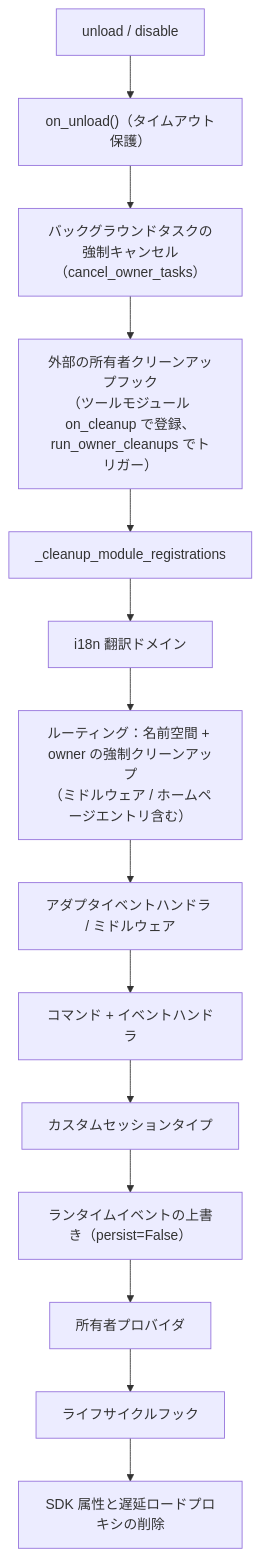
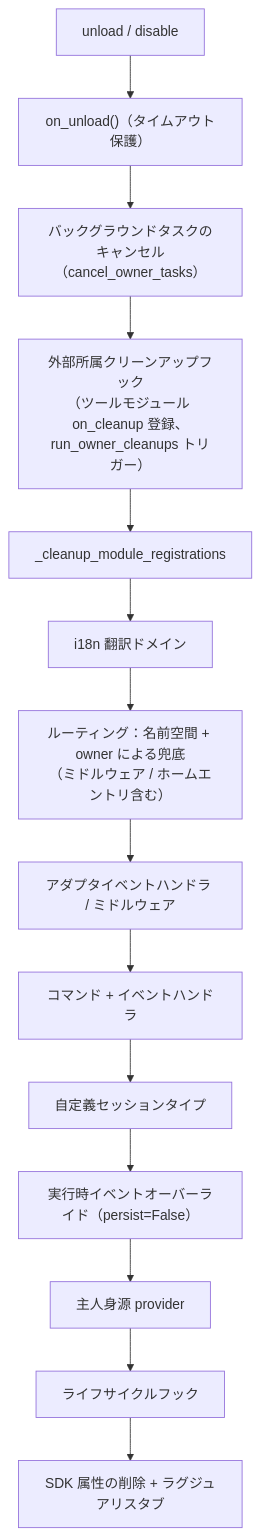
One commit to ErisPulse/ErisPulse changed the diagram in docs/ja/advanced/ownership.md. Above: the diagram before and after it, drawn with Mermaid. The commit also changed other lines of this file and 19 other files, not shown here.

````diff
--- a/docs/ja/advanced/ownership.md
+++ b/docs/ja/advanced/ownership.md
@@ -77,16 +75,16 @@
 ```mermaid
 flowchart TD
     A["unload / disable"] --> B["on_unload()（タイムアウト保護）"]
-    B --> C["バックグラウンドタスクの強制キャンセル（cancel_owner_tasks）"]
-    C --> C1["外部の所有者クリーンアップフック<br/>（ツールモジュール on_cleanup で登録、run_owner_cleanups でトリガー）"]
+    B --> C["バックグラウンドタスクのキャンセル（cancel_owner_tasks）"]
+    C --> C1["外部所属クリーンアップフック<br/>（ツールモジュール on_cleanup 登録、run_owner_cleanups トリガー）"]
     C1 --> D["_cleanup_module_registrations"]
     D --> D1["i18n 翻訳ドメイン"]
-    D1 --> D2["ルーティング：名前空間 + owner の強制クリーンアップ<br/>（ミドルウェア / ホームページエントリ含む）"]
+    D1 --> D2["ルーティング：名前空間 + owner による兜底<br/>（ミドルウェア / ホームエントリ含む）"]
     D2 --> D3["アダプタイベントハンドラ / ミドルウェア"]
     D3 --> D4["コマンド + イベントハンドラ"]
-    D4 --> D5["カスタムセッションタイプ"]
-    D5 --> D6["ランタイムイベントの上書き（persist=False）"]
-    D6 --> D7["所有者プロバイダ"]
+    D4 --> D5["自定義セッションタイプ"]
+    D5 --> D6["実行時イベントオーバーライド（persist=False）"]
+    D6 --> D7["主人身源 provider"]
     D7 --> D8["ライフサイクルフック"]
-    D8 --> E["SDK 属性と遅延ロードプロキシの削除"]
+    D8 --> E["SDK 属性の削除 + ラグジュアリスタブ"]
 ```
````
